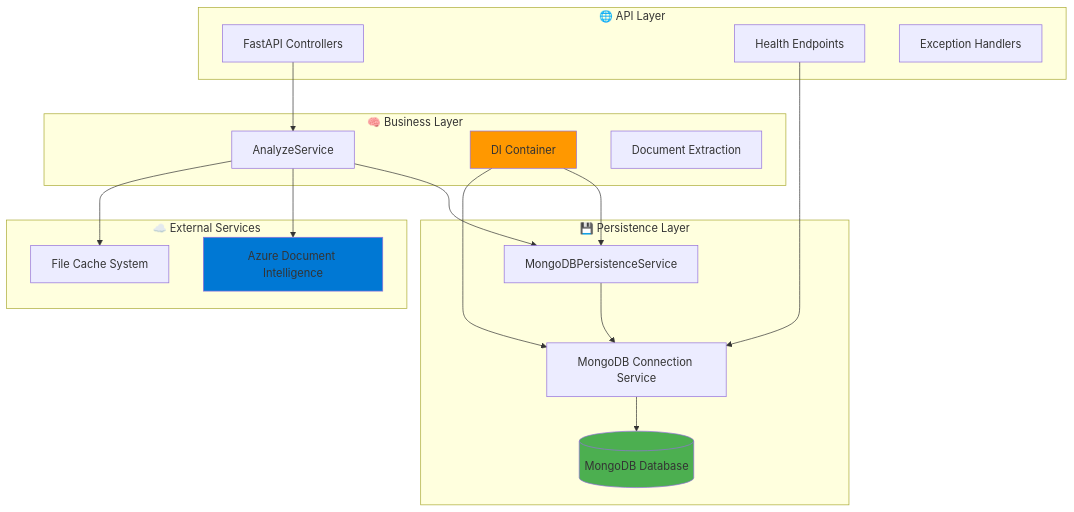
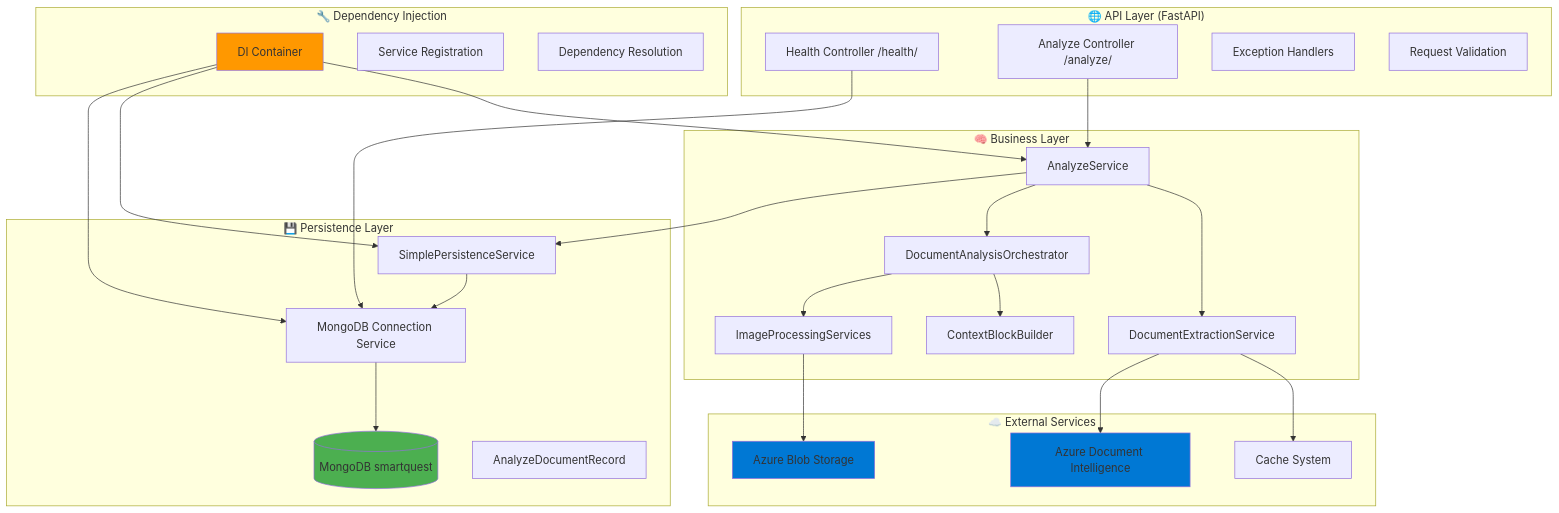
The first of 3 diagrams in docs/ARCHITECTURE.md (Bergami/CriEduc.SmartQuest), drawn with Mermaid before and after one commit. The commit also changed other lines of this file and 3 other files, not shown here.

````diff
--- a/docs/ARCHITECTURE.md
+++ b/docs/ARCHITECTURE.md
@@ -22,39 +23,57 @@
 ```mermaid
 graph TB
-    subgraph "🌐 API Layer"
-        A[FastAPI Controllers]
-        B[Health Endpoints]
+    subgraph "🌐 API Layer (FastAPI)"
+        A[Health Controller /health/]
+        B[Analyze Controller /analyze/]
         C[Exception Handlers]
+        D[Request Validation]
     end
 
     subgraph "🧠 Business Layer"
-        D[AnalyzeService]
-        E[DI Container]
-        F[Document Extraction]
+        E[AnalyzeService]
+        F[DocumentExtractionService]
+        G[DocumentAnalysisOrchestrator]
+        H[ContextBlockBuilder]
+        I[ImageProcessingServices]
+    end
+
+    subgraph "🔧 Dependency Injection"
+        J[DI Container]
+        K[Service Registration]
+        L[Dependency Resolution]
     end
 
     subgraph "💾 Persistence Layer"
-        G[MongoDBPersistenceService]
-        H[MongoDB Connection Service]
-        I[(MongoDB Database)]
+        M[SimplePersistenceService]
+        N[MongoDB Connection Service]
+        O[(MongoDB smartquest)]
+        P[AnalyzeDocumentRecord]
     end
 
     subgraph "☁️ External Services"
-        J[Azure Document Intelligence]
-        K[File Cache System]
+        Q[Azure Document Intelligence]
+        R[Azure Blob Storage]
+        S[Cache System]
     end
 
-    A --> D
-    B --> H
-    D --> G
-    D --> J
-    D --> K
+    A --> N
+    B --> E
+    E --> F
+    E --> G
     G --> H
-    H --> I
-    E --> G
-    E --> H
+    G --> I
+    E --> M
+    F --> S
+    F --> Q
+    I --> R
+    M --> N
+    N --> O
+    J --> E
+    J --> M
+    J --> N
 
-    style I fill:#4CAF50
-    style J fill:#0078D4
-    style E fill:#FF9800
+    style O fill:#4CAF50
+    style Q fill:#0078D4
+    style R fill:#0078D4
+    style J fill:#FF9800
 ```
````
